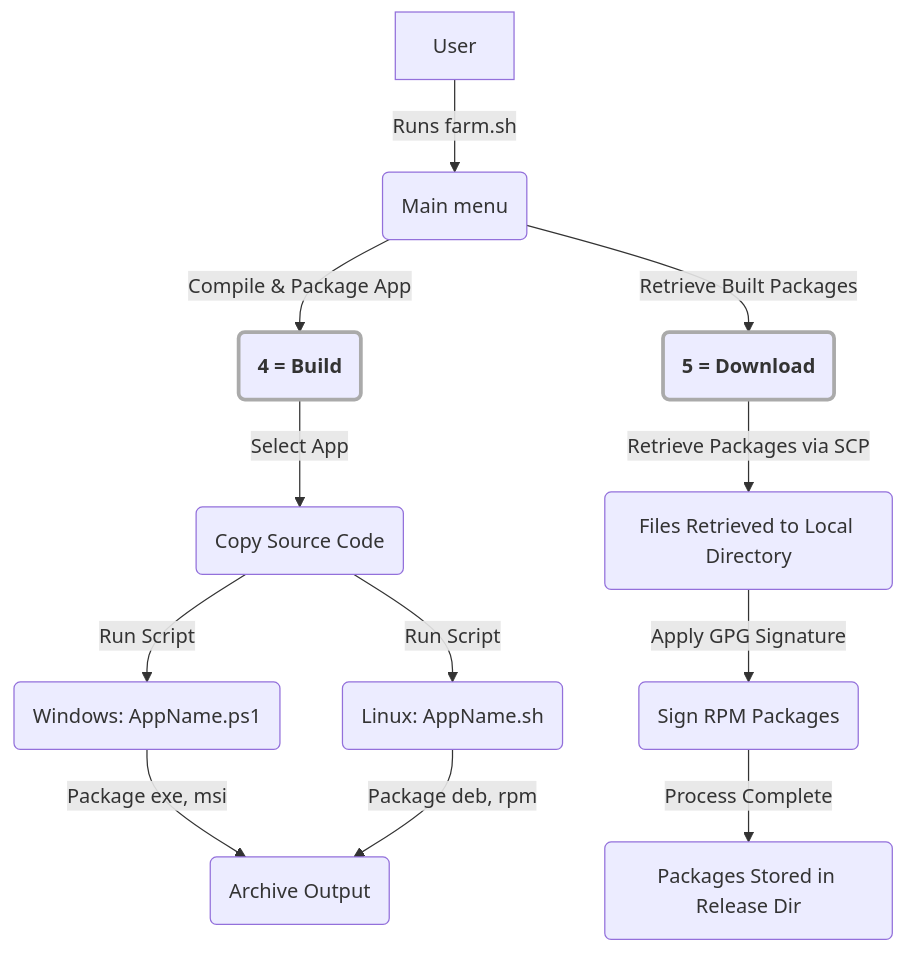
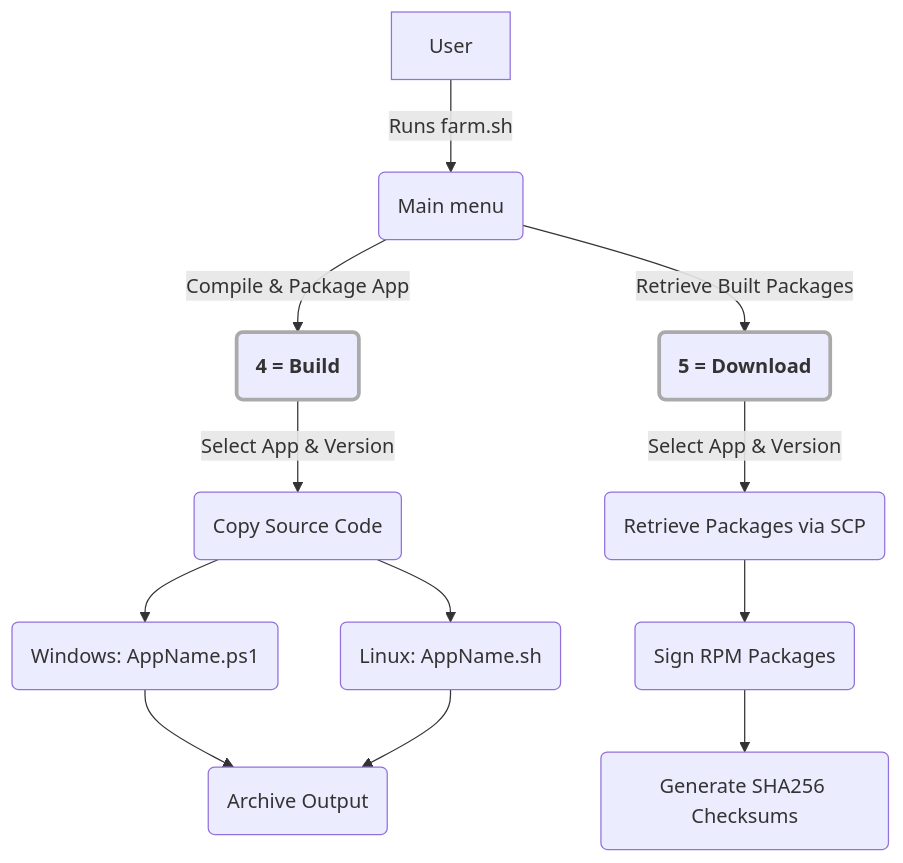
The second of 3 diagrams in README.md (MarelisAdlatus/java-build-farm), drawn with Mermaid before and after one commit. The commit also changed other lines of this file, not shown here.

````diff
--- a/README.md
+++ b/README.md
@@ -175,20 +182,22 @@
 ```mermaid
 graph TD;
     A[User] -->|Runs farm.sh| B(Main menu);
 
     B -->|Compile & Package App| C4(4 = Build);
     B -->|Retrieve Built Packages| C5(5 = Download);
 
-    C4 -->|Select App| E1(Copy Source Code);
-    E1 -->|Run Script| E2(Windows: AppName.ps1);
-    E1 -->|Run Script| E3(Linux: AppName.sh);
-    E2 -->|Package exe, msi| F1(Archive Output);
-    E3 -->|Package deb, rpm| F1;
+    %% Build
+    C4 -->|Select App & Version| E1(Copy Source Code);
+    E1 --> E2(Windows: AppName.ps1);
+    E1 --> E3(Linux: AppName.sh);
+    E2 --> F1(Archive Output);
+    E3 --> F1;
 
-    C5 -->|Retrieve Packages via SCP| H1(Files Retrieved to Local Directory);
-    H1 -->|Apply GPG Signature| G1(Sign RPM Packages);
-    G1 -->|Process Complete| I1(Packages Stored in Release Dir);
+    %% Download
+    C5 -->|Select App & Version| D2(Retrieve Packages via SCP);
+    D2 --> D3(Sign RPM Packages);
+    D3 --> D4(Generate SHA256 Checksums);
 
     style C4 stroke:#aaa,stroke-width:3px,font-weight:bold;
     style C5 stroke:#aaa,stroke-width:3px,font-weight:bold;
 ```
````
